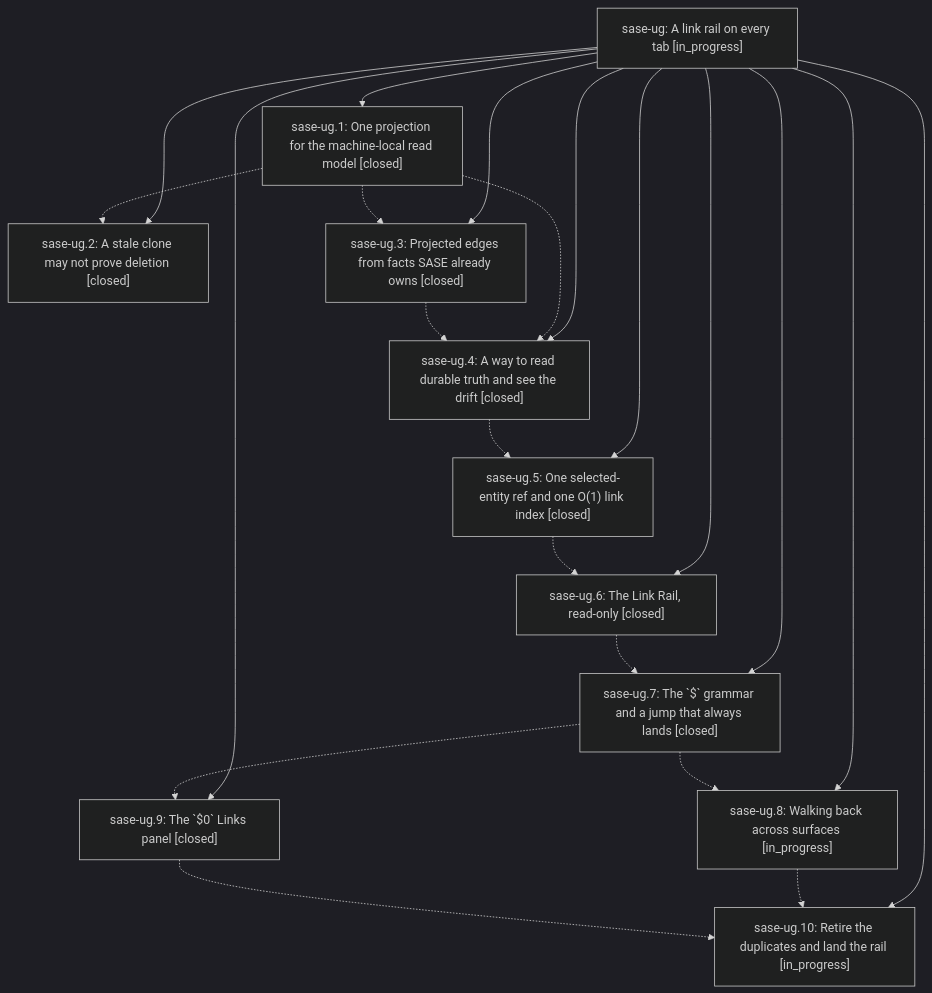
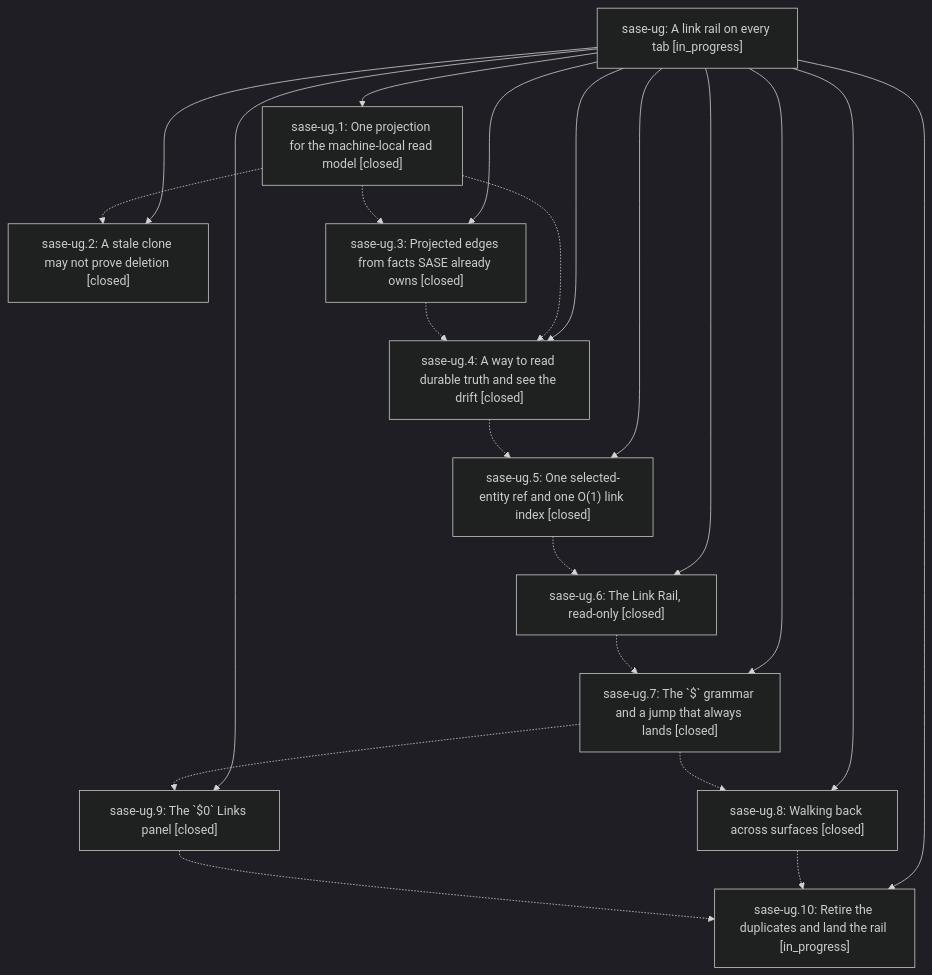
Before and after one commit to sase-org/sase--beads: the diagram in pages/sase-ug/README.md, drawn with Mermaid (dark theme). The commit also changed other lines of this file and 3 other files, not shown here.

````diff
--- a/pages/sase-ug/README.md
+++ b/pages/sase-ug/README.md
@@ -47,35 +47,35 @@
 ```mermaid
 flowchart TD
     n0["sase-ug: A link rail on every tab [in_progress]"]
     n1["sase-ug.1: One projection for the machine-local read model [closed]"]
     n2["sase-ug.10: Retire the duplicates and land the rail [in_progress]"]
     n3["sase-ug.2: A stale clone may not prove deletion [closed]"]
     n4["sase-ug.3: Projected edges from facts SASE already owns [closed]"]
     n5["sase-ug.4: A way to read durable truth and see the drift [closed]"]
     n6["sase-ug.5: One selected-entity ref and one O(1) link index [closed]"]
     n7["sase-ug.6: The Link Rail, read-only [closed]"]
     n8["sase-ug.7: The `$` grammar and a jump that always lands [closed]"]
-    n9["sase-ug.8: Walking back across surfaces [in_progress]"]
+    n9["sase-ug.8: Walking back across surfaces [closed]"]
     n10["sase-ug.9: The `$0` Links panel [closed]"]
     n0 --> n1
     n0 --> n2
     n0 --> n3
     n0 --> n4
     n0 --> n5
     n0 --> n6
     n0 --> n7
     n0 --> n8
     n0 --> n9
     n0 --> n10
     n1 -.-> n3
     n1 -.-> n4
     n1 -.-> n5
     n4 -.-> n5
     n5 -.-> n6
     n6 -.-> n7
     n7 -.-> n8
     n8 -.-> n9
     n8 -.-> n10
     n9 -.-> n2
     n10 -.-> n2
 ```
````
